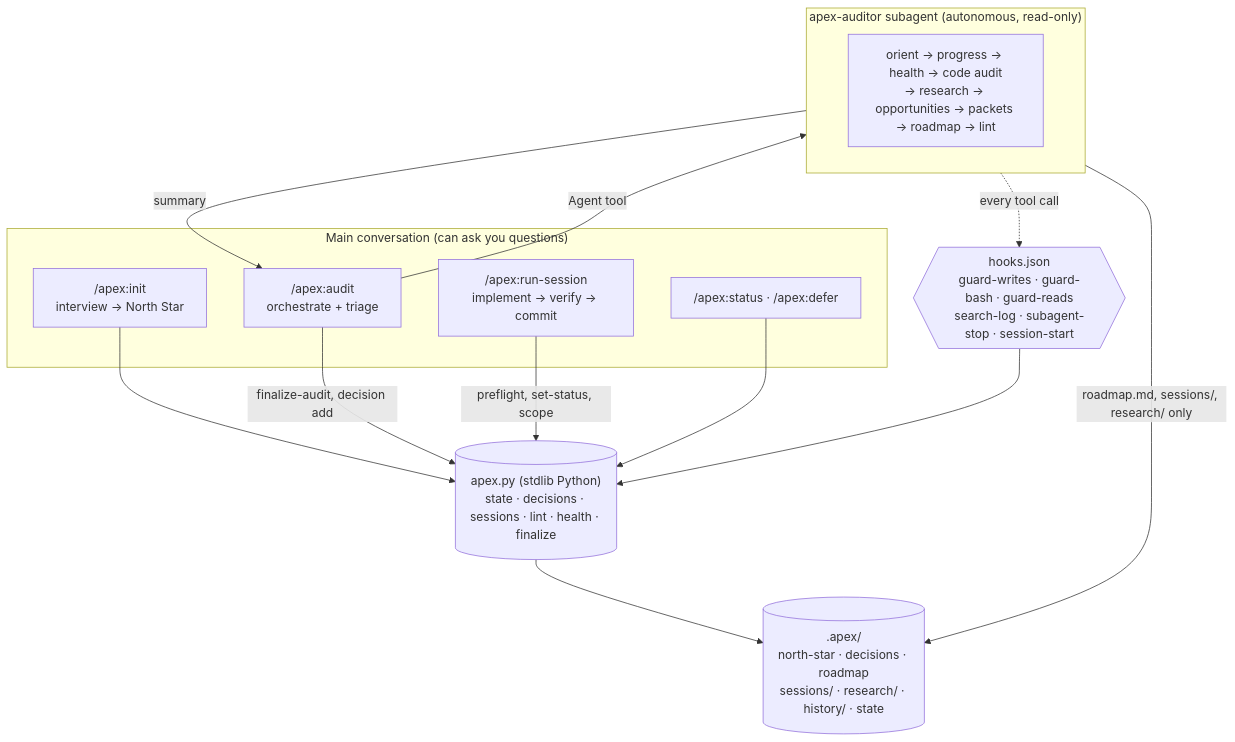
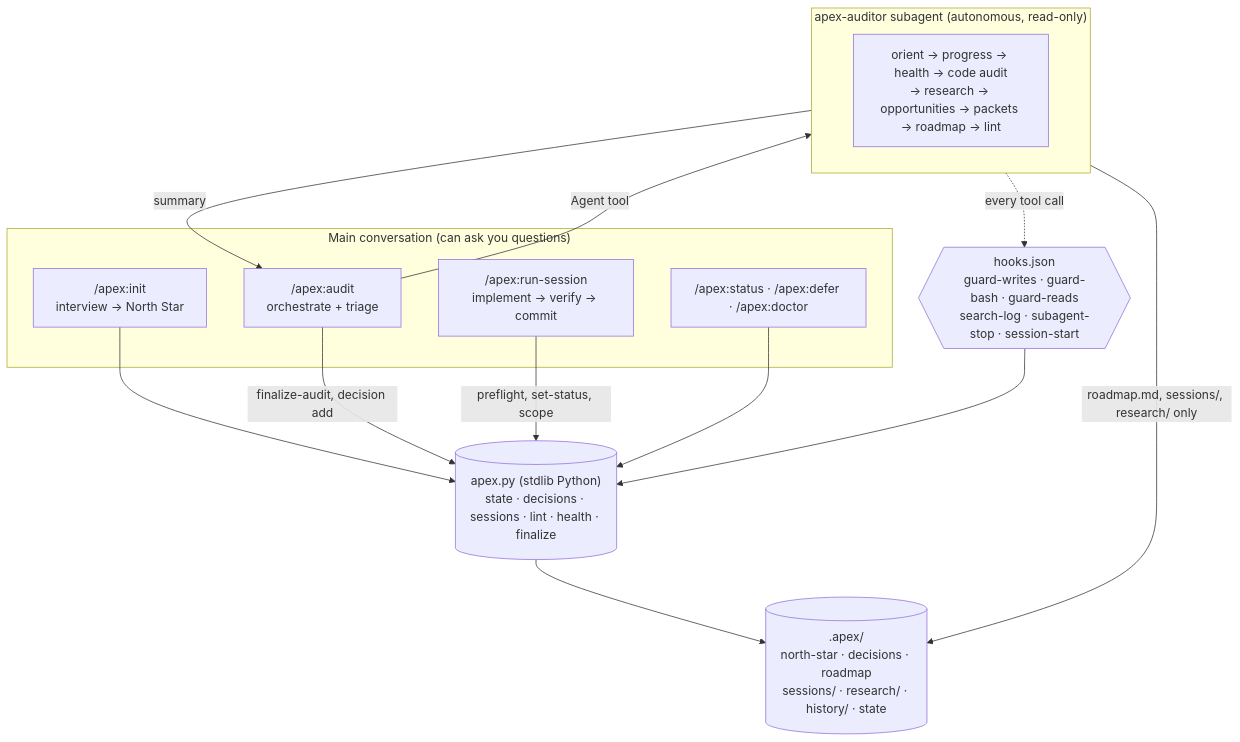
Before and after one commit to Kakumrkr/apex: the diagram in docs/architecture.md, drawn with Mermaid. The commit also changed other lines of this file and 25 other files, not shown here.

````diff
--- a/docs/architecture.md
+++ b/docs/architecture.md
@@ -6,26 +6,26 @@
 ```mermaid
 flowchart TB
     subgraph main["Main conversation (can ask you questions)"]
         init["/apex:init<br/>interview → North Star"]
         auditSkill["/apex:audit<br/>orchestrate + triage"]
         run["/apex:run-session<br/>implement → verify → commit"]
-        status["/apex:status · /apex:defer"]
+        status["/apex:status · /apex:defer · /apex:doctor"]
     end
     subgraph sub["apex-auditor subagent (autonomous, read-only)"]
         proto["orient → progress → health → code audit<br/>→ research → opportunities → packets → roadmap → lint"]
     end
     cli[("apex.py (stdlib Python)<br/>state · decisions · sessions · lint · health · finalize")]
     hooks{{"hooks.json<br/>guard-writes · guard-bash · guard-reads<br/>search-log · subagent-stop · session-start"}}
     state[(".apex/<br/>north-star · decisions · roadmap<br/>sessions/ · research/ · history/ · state")]
 
     init --> cli
     auditSkill -- "Agent tool" --> sub
     sub -- "summary" --> auditSkill
     auditSkill -- "finalize-audit, decision add" --> cli
     run -- "preflight, set-status, scope" --> cli
     status --> cli
     sub -. "every tool call" .-> hooks
     hooks --> cli
     cli --> state
     sub -- "roadmap.md, sessions/, research/ only" --> state
 ```
````
